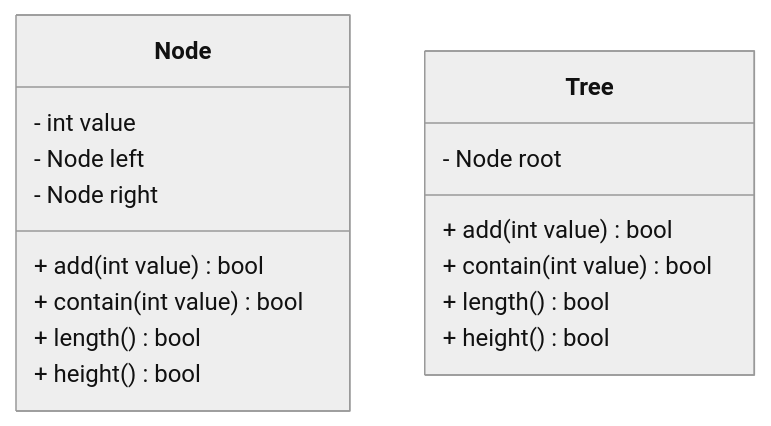
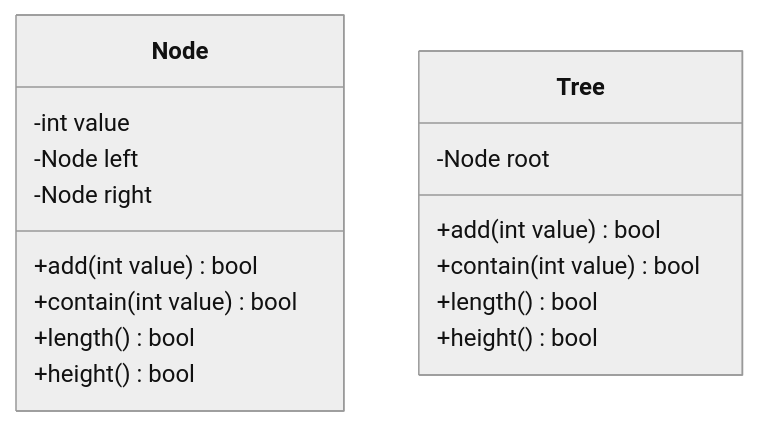
Before and after one commit to KaiserMovet/BST_100: the diagram in README.md, drawn with Mermaid (neutral theme).

````diff
--- a/README.md
+++ b/README.md
@@ -23,22 +23,22 @@
 ```mermaid
 classDiagram
 class Node {
-    - int value
-    - Node left
-    - Node right
+    -int value
+    -Node left
+    -Node right
 
-    + add(int value) bool
-    + contain(int value) bool
-    + length() bool
-    + height() bool
+    +add(int value) bool
+    +contain(int value) bool
+    +length() bool
+    +height() bool
 }
 
 class Tree {
-    - Node root
+    -Node root
 
-    + add(int value) bool
-    + contain(int value) bool
-    + length() bool
-    + height() bool
+    +add(int value) bool
+    +contain(int value) bool
+    +length() bool
+    +height() bool
 }
 ```
````
